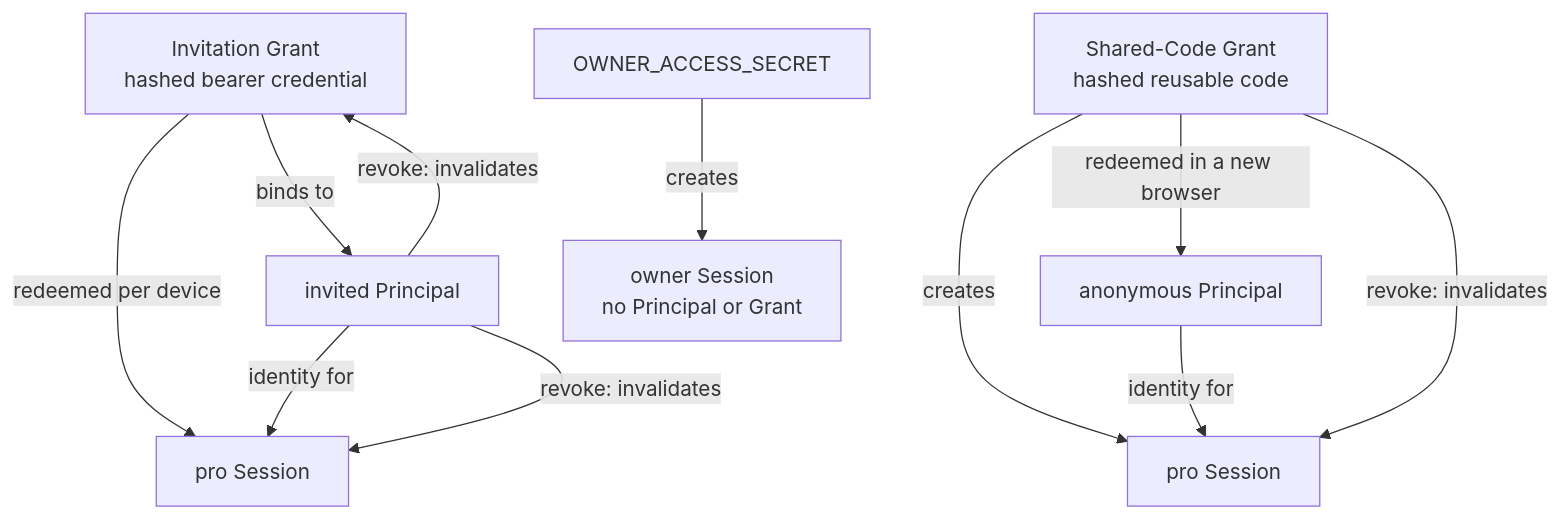
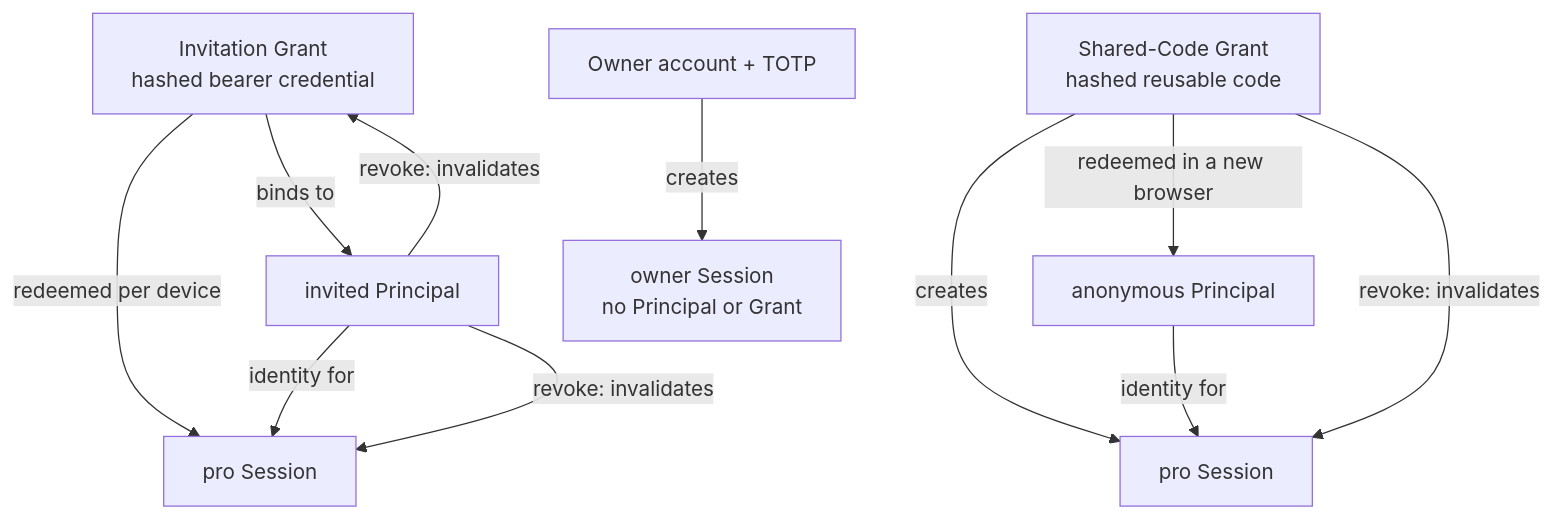
Before and after one commit to 13776578253-glitch/Incept: the diagram in docs/decisions/en/account-and-access-design.md, drawn with Mermaid. The commit also changed other lines of this file and 13 other files, not shown here.

First line of the commit message:
docs: retire stale style lab and owner-secret references

````diff
--- a/docs/decisions/en/account-and-access-design.md
+++ b/docs/decisions/en/account-and-access-design.md
@@ -42,16 +46,16 @@
 ```mermaid
 flowchart TD
   A["Invitation Grant\nhashed bearer credential"] -->|binds to| B["invited Principal"]
   A -->|redeemed per device| C["pro Session"]
   B -->|identity for| C
 
   D["Shared-Code Grant\nhashed reusable code"] -->|redeemed in a new browser| E["anonymous Principal"]
   D -->|creates| F["pro Session"]
   E -->|identity for| F
 
-  G["OWNER_ACCESS_SECRET"] -->|creates| H["owner Session\nno Principal or Grant"]
+  G["Owner account + TOTP"] -->|creates| H["owner Session\nno Principal or Grant"]
 
   B -->|revoke: invalidates| A
   B -->|revoke: invalidates| C
   D -->|revoke: invalidates| F
 ```
````
